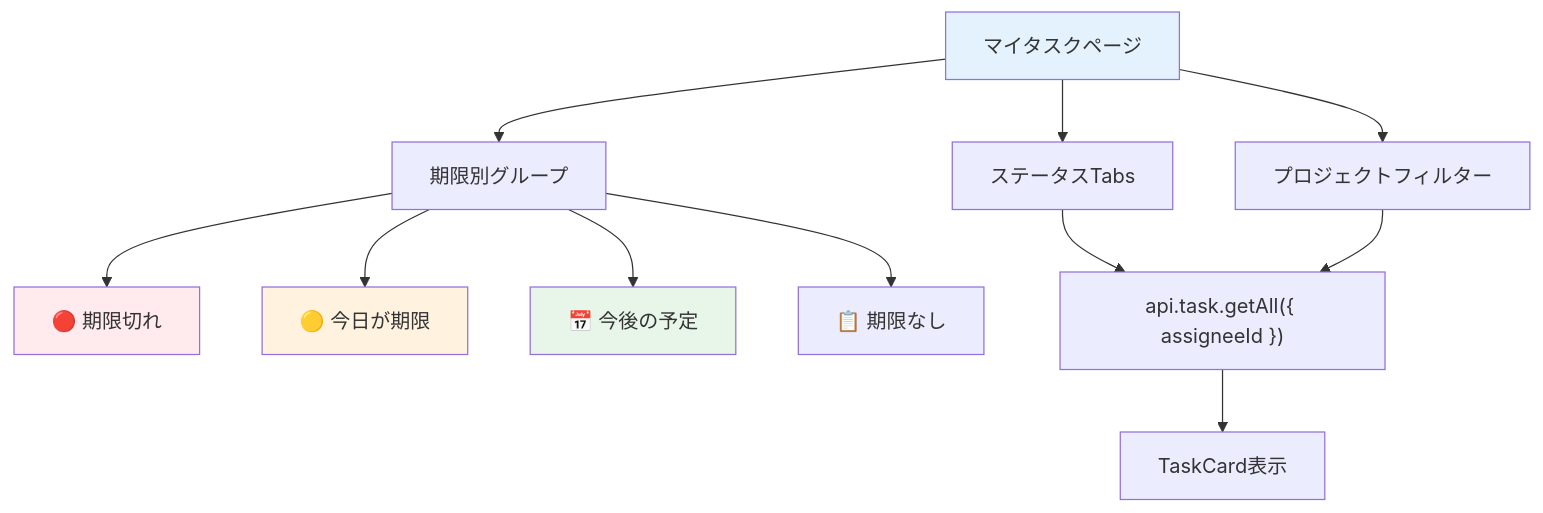
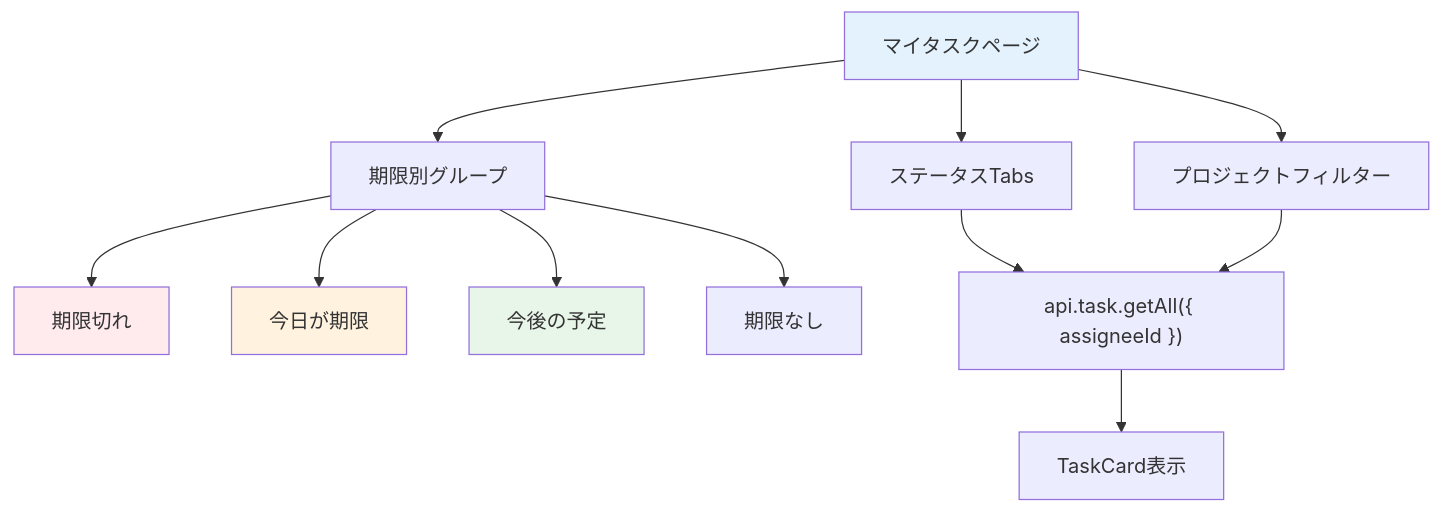
The diagram in material/30days-curriculum/day17_自分のタスクページ.md (kouiso/task-app), drawn with Mermaid before and after one commit.

Commit message:
style(curriculum): day17のmermaid図のラベル絵文字を除去する
期限別グループ図のノードラベルから絵文字（🔴🟡📅📋）を削除し、
プレーンなテキストラベルに統一する。

````diff
--- a/material/30days-curriculum/day17_自分のタスクページ.md
+++ b/material/30days-curriculum/day17_自分のタスクページ.md
@@ -27,19 +27,19 @@
 ```mermaid
 flowchart TD
     A[マイタスクページ] --> B[ステータスTabs]
     A --> C[プロジェクトフィルター]
     A --> D[期限別グループ]
-    D --> E[🔴 期限切れ]
-    D --> F[🟡 今日が期限]
-    D --> G[📅 今後の予定]
-    D --> H[📋 期限なし]
+    D --> E[期限切れ]
+    D --> F[今日が期限]
+    D --> G[今後の予定]
+    D --> H[期限なし]
 
     B --> I["api.task.getAll({ assigneeId })"]
     C --> I
     I --> J[TaskCard表示]
 
     style A fill:#e3f2fd
     style E fill:#ffebee
     style F fill:#fff3e0
     style G fill:#e8f5e9
 ```
````
